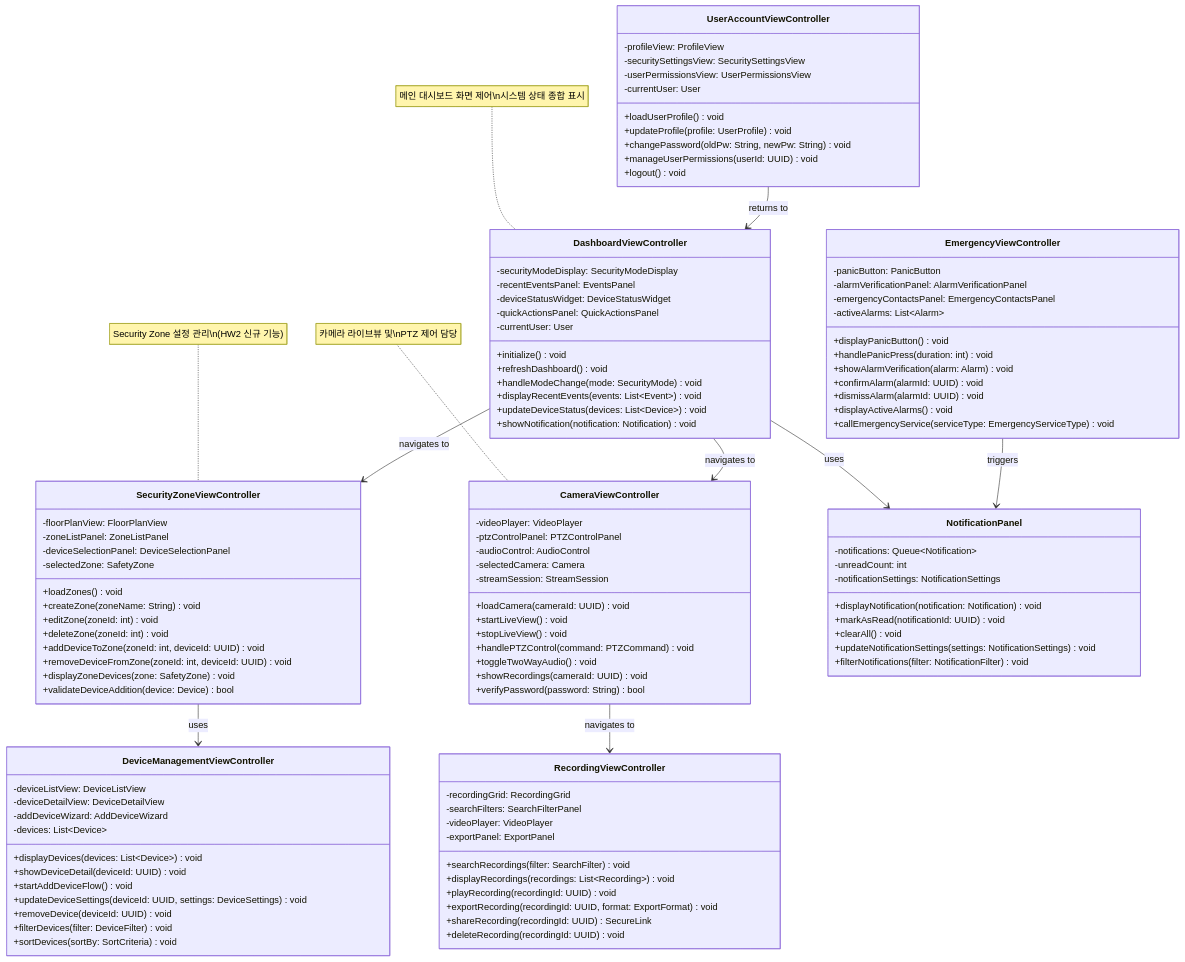
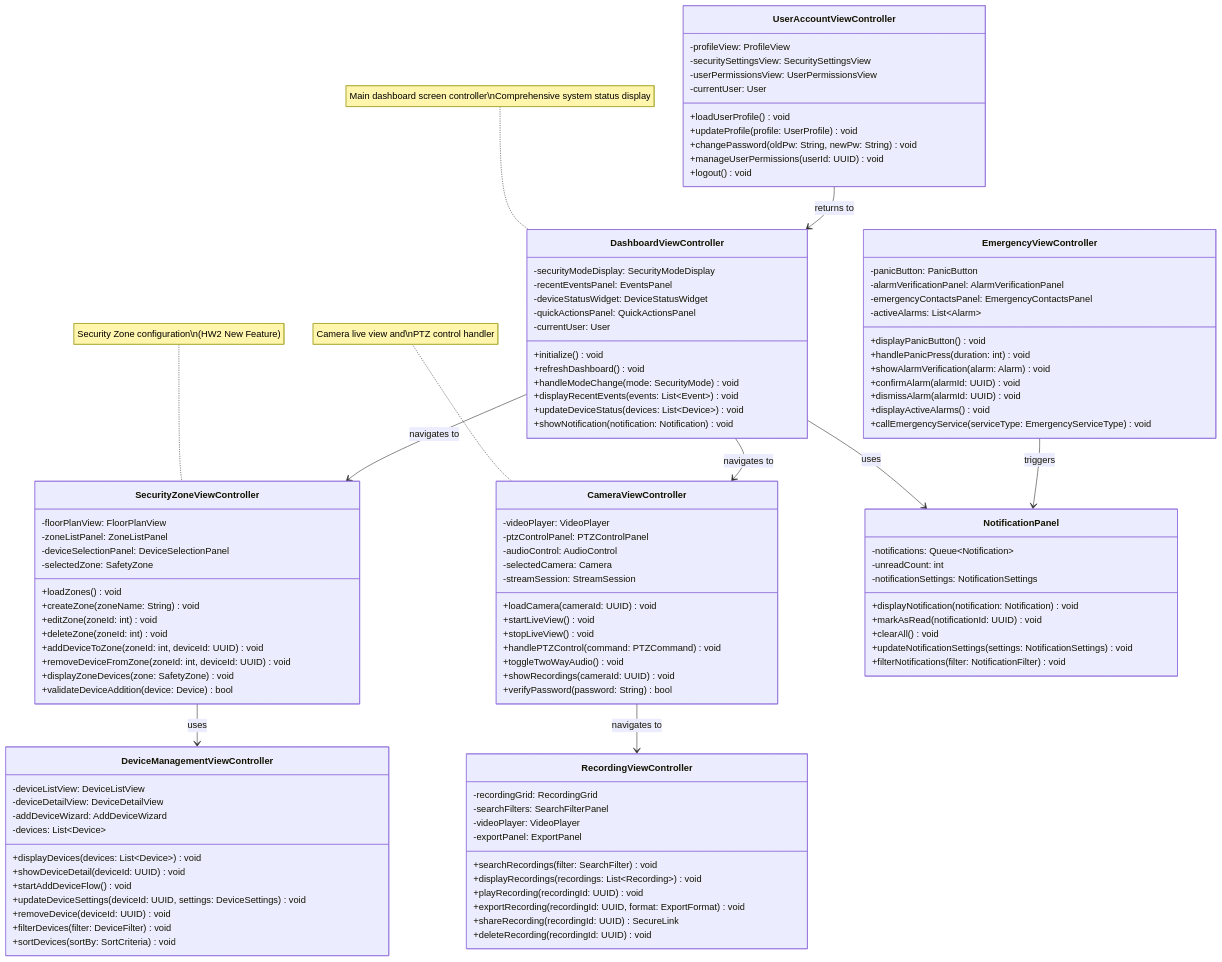
One commit to mj010101/swe_25f changed the first of 12 diagrams in diagrams/presentation_class_diagram.md. Above: the diagram before and after it, drawn with Mermaid. The commit also changed other lines of this file, not shown here.

Commit message:
refine presentation class diagram

````diff
--- a/diagrams/presentation_class_diagram.md
+++ b/diagrams/presentation_class_diagram.md
@@ -142,7 +142,7 @@
 
     UserAccountViewController --> DashboardViewController : returns to
 
-    note for DashboardViewController "메인 대시보드 화면 제어\n시스템 상태 종합 표시"
-    note for CameraViewController "카메라 라이브뷰 및\nPTZ 제어 담당"
-    note for SecurityZoneViewController "Security Zone 설정 관리\n(HW2 신규 기능)"
+    note for DashboardViewController "Main dashboard screen controller\nComprehensive system status display"
+    note for CameraViewController "Camera live view and\nPTZ control handler"
+    note for SecurityZoneViewController "Security Zone configuration\n(HW2 New Feature)"
 ```
````
